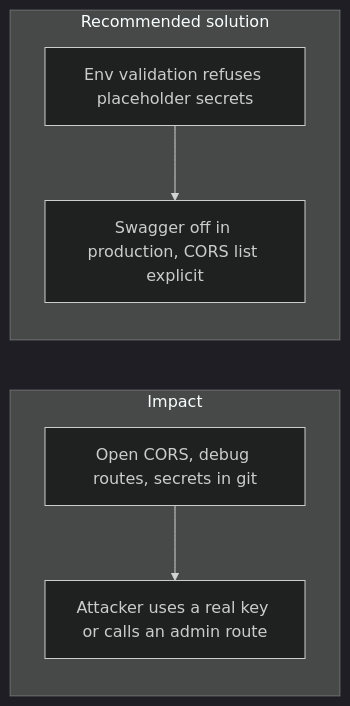
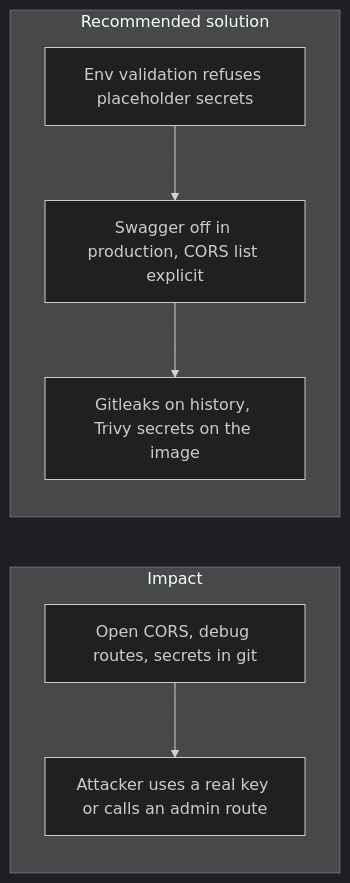
One commit to AymanNagyAhmed/backend-fintech-cryptographic-monolith changed the diagram in docs/Common_Challenges_In_Fintech_Cryptographic/017_security_misconfiguration_and_leaked_secrets.md. Above: the diagram before and after it, drawn with Mermaid (dark theme). The commit also changed other lines of this file and 2 other files, not shown here.

First line of the commit message:
feat(ci): fail the build when a secret is in git history or the image

````diff
--- a/docs/Common_Challenges_In_Fintech_Cryptographic/017_security_misconfiguration_and_leaked_secrets.md
+++ b/docs/Common_Challenges_In_Fintech_Cryptographic/017_security_misconfiguration_and_leaked_secrets.md
@@ -3,9 +3,10 @@
 ```mermaid
 flowchart LR
   subgraph impactPath [Impact]
     openCors["Open CORS, debug routes, secrets in git"] --> takeover[Attacker uses a real key or calls an admin route]
   end
   subgraph solutionPath [Recommended solution]
     validateEnv[Env validation refuses placeholder secrets] --> prodOff["Swagger off in production, CORS list explicit"]
+    prodOff --> scan["Gitleaks on history, Trivy secrets on the image"]
   end
 ```
````
